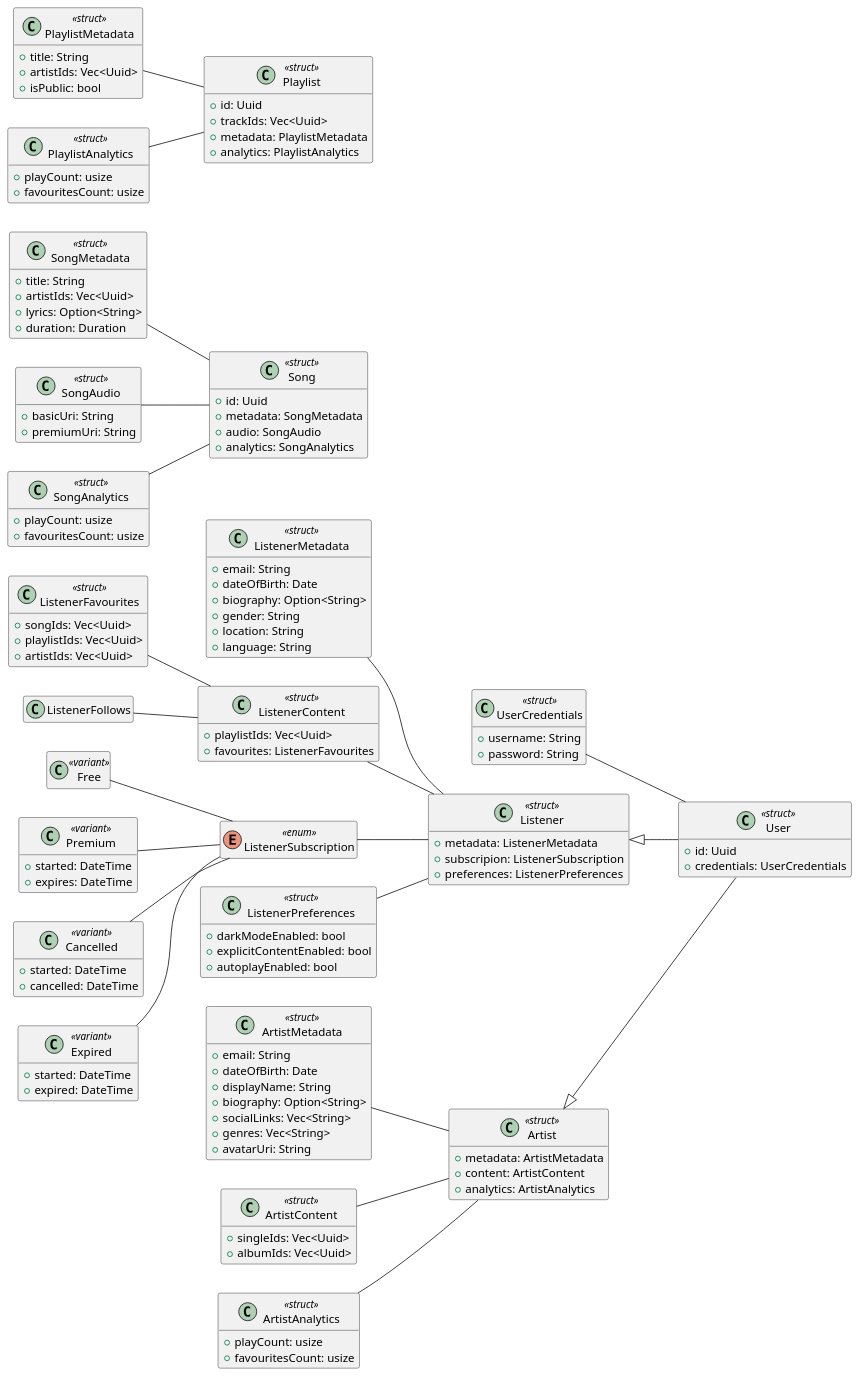
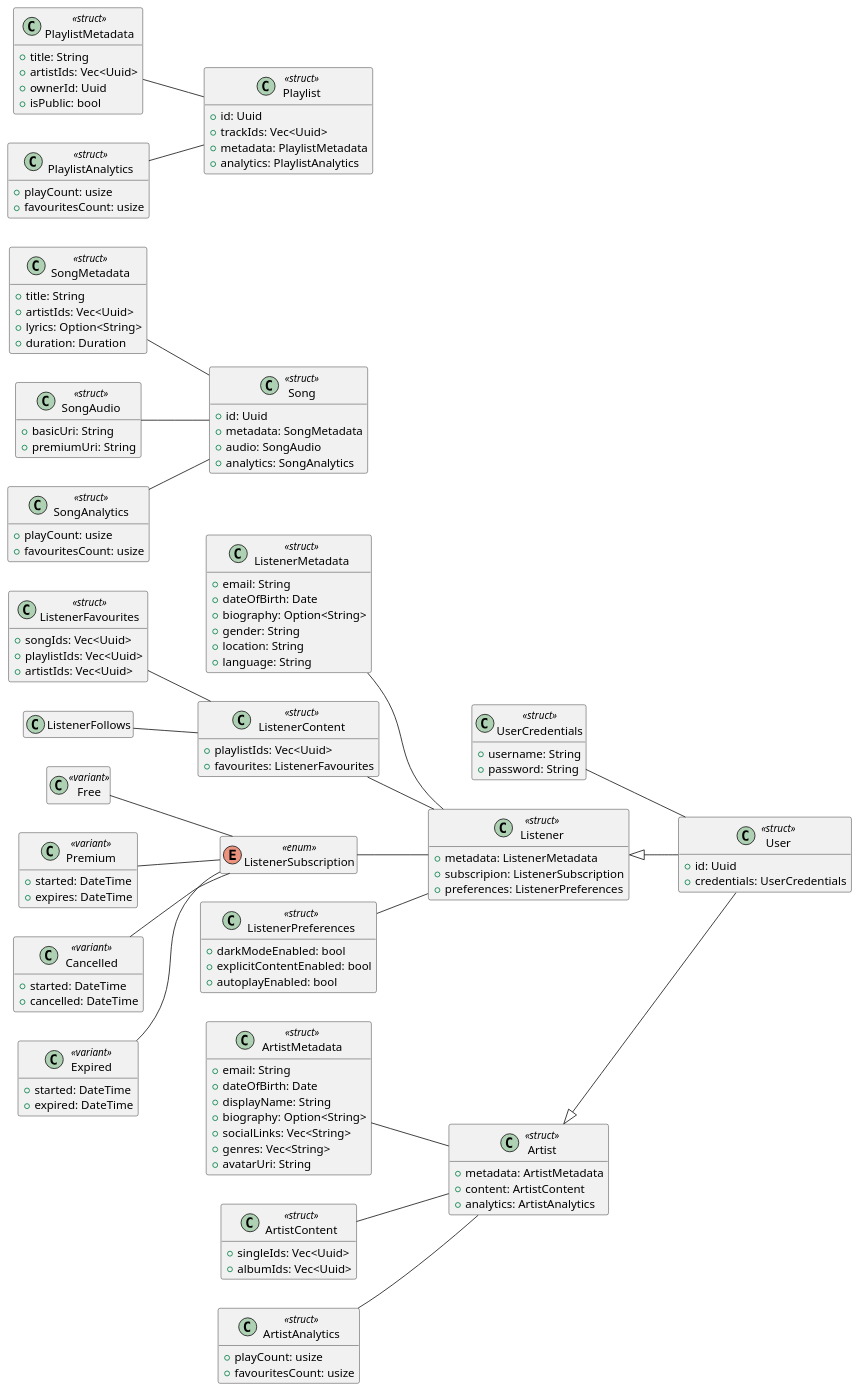
Before and after one commit to NTDuck/curtain-call: the diagram in class-diagrams/domain-class-diagram.puml, drawn with PlantUML. The commit also changed 5 other files, not shown here.

```diff
--- a/class-diagrams/domain-class-diagram.puml
+++ b/class-diagrams/domain-class-diagram.puml
@@ -1,180 +1,181 @@
 @startuml
 
 left to right direction
 hide empty members
 skinparam BackgroundColor transparent
 
 class User <<struct>> {
   + id: Uuid
   + credentials: UserCredentials
 }
 
 class UserCredentials <<struct>> {
   + username: String
   + password: String
 }
 
 UserCredentials -- User
 
 class Listener <<struct>> {
   + metadata: ListenerMetadata
   + subscripion: ListenerSubscription
   + preferences: ListenerPreferences
 }
 
 Listener <|-- User
 
 class ListenerMetadata <<struct>> {
   + email: String
   + dateOfBirth: Date
   + biography: Option<String>
   + gender: String
   + location: String
   + language: String
 }
 
 ListenerMetadata -- Listener
 
 class ListenerContent <<struct>> {
   + playlistIds: Vec<Uuid>
   + favourites: ListenerFavourites
 }
 
 ListenerContent -- Listener
 
 class ListenerFavourites <<struct>> {
   + songIds: Vec<Uuid>
   + playlistIds: Vec<Uuid>
   + artistIds: Vec<Uuid>
 }
 
 ListenerFavourites -- ListenerContent
 
 ListenerFollows -- ListenerContent
 
 enum ListenerSubscription <<enum>> {
 }
 
 ListenerSubscription -- Listener
 
 class Free <<variant>> {
 }
 
 Free -- ListenerSubscription
 
 class Premium <<variant>> {
   + started: DateTime
   + expires: DateTime
 }
 
 Premium -- ListenerSubscription
 
 class Cancelled <<variant>> {
   + started: DateTime
   + cancelled: DateTime
 }
 
 Cancelled -- ListenerSubscription
 
 class Expired <<variant>> {
   + started: DateTime
   + expired: DateTime
 }
 
 Expired -- ListenerSubscription
 
 class ListenerPreferences <<struct>> {
   + darkModeEnabled: bool
   + explicitContentEnabled: bool
   + autoplayEnabled: bool
 }
 
 ListenerPreferences -- Listener
 
 class Artist <<struct>> {
   + metadata: ArtistMetadata
   + content: ArtistContent
   + analytics: ArtistAnalytics
 }
 
 Artist <|-- User
 
 class ArtistMetadata <<struct>> {
   + email: String
   + dateOfBirth: Date
   + displayName: String
   + biography: Option<String>
   + socialLinks: Vec<String>
   + genres: Vec<String>
   + avatarUri: String
 }
 
 ArtistMetadata -- Artist
 
 class ArtistContent <<struct>> {
   + singleIds: Vec<Uuid>
   + albumIds: Vec<Uuid>
 }
 
 ArtistContent -- Artist
 
 class ArtistAnalytics <<struct>> {
   + playCount: usize
   + favouritesCount: usize
 }
 
 ArtistAnalytics -- Artist
 
 class Song <<struct>> {
   + id: Uuid
   + metadata: SongMetadata
   + audio: SongAudio
   + analytics: SongAnalytics
 }
 
 class SongMetadata <<struct>> {
   + title: String
   + artistIds: Vec<Uuid>
   + lyrics: Option<String>
   + duration: Duration
 }
 
 SongMetadata -- Song
 
 class SongAudio <<struct>> {
   + basicUri: String
   + premiumUri: String
 }
 
 SongAudio -- Song
 
 class SongAnalytics <<struct>> {
   + playCount: usize
   + favouritesCount: usize
 }
 
 SongAnalytics -- Song
 
 class Playlist <<struct>> {
   + id: Uuid
   + trackIds: Vec<Uuid>
   + metadata: PlaylistMetadata
   + analytics: PlaylistAnalytics
 }
 
 class PlaylistMetadata <<struct>> {
   + title: String
   + artistIds: Vec<Uuid>
+  + ownerId: Uuid
   + isPublic: bool
 }
 
 PlaylistMetadata -- Playlist
 
 class PlaylistAnalytics <<struct>> {
   + playCount: usize
   + favouritesCount: usize
 }
 
 PlaylistAnalytics -- Playlist
 
 @enduml
```
